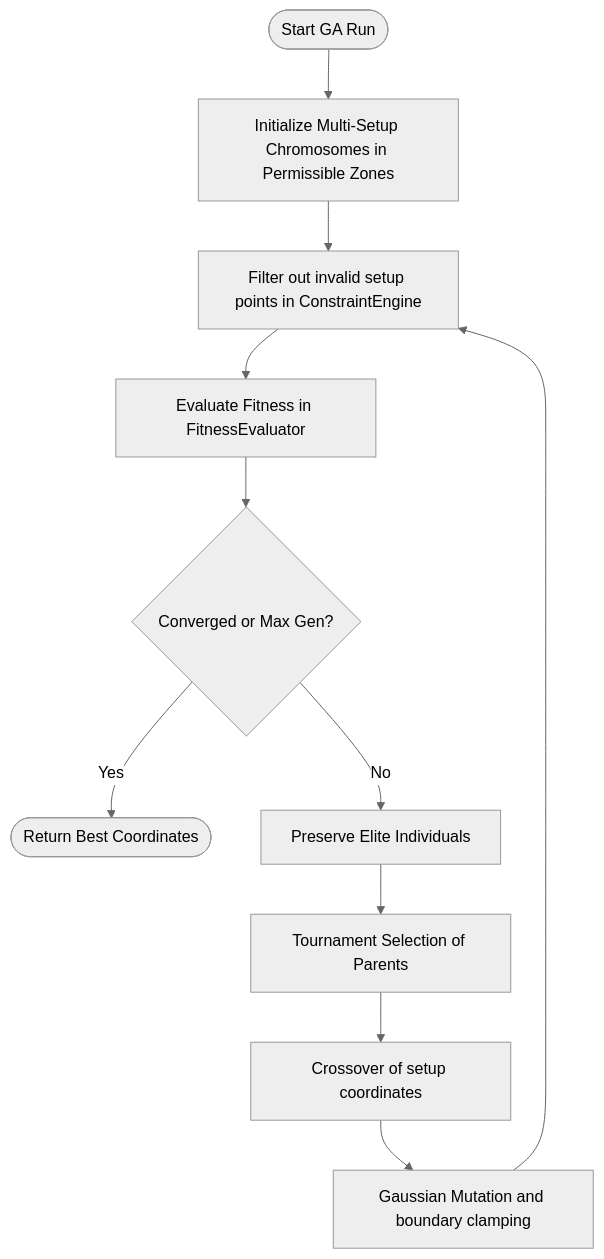
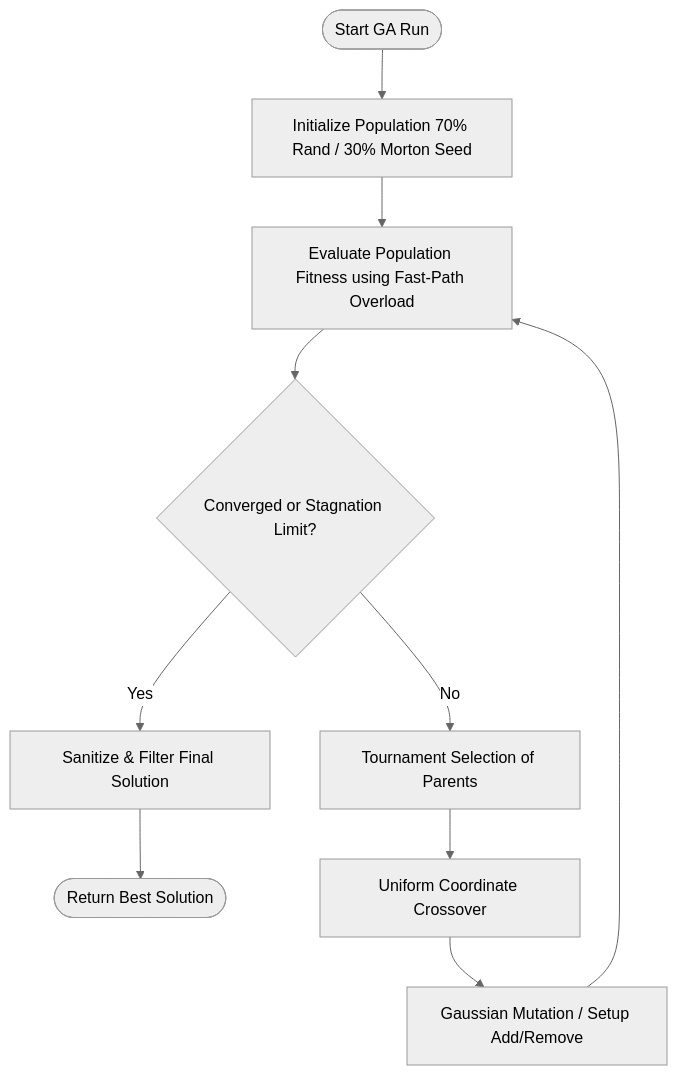
The second of 2 diagrams in docs/architecture/engines.md (ITI-intake46/CranePathOptimizer), drawn with Mermaid (neutral theme) before and after one commit. The commit also changed other lines of this file and 13 other files, not shown here.

````diff
--- a/docs/architecture/engines.md
+++ b/docs/architecture/engines.md
@@ -13,13 +50,12 @@
 ```mermaid
 graph TD
-    Start([Start GA Run]) --> Init[Initialize Multi-Setup Chromosomes in Permissible Zones]
-    Init --> Filter[Filter out invalid setup points in ConstraintEngine]
-    Filter --> Eval[Evaluate Fitness in FitnessEvaluator]
-    Eval --> CheckConv{Converged or Max Gen?}
-    CheckConv -- Yes --> End([Return Best Coordinates])
-    CheckConv -- No --> Elite[Preserve Elite Individuals]
-    Elite --> Selection[Tournament Selection of Parents]
-    Selection --> Crossover[Crossover of setup coordinates]
-    Crossover --> Mutation[Gaussian Mutation and boundary clamping]
-    Mutation --> Filter
+    Start([Start GA Run]) --> Init[Initialize Population 70% Rand / 30% Morton Seed]
+    Init --> Eval[Evaluate Population Fitness using Fast-Path Overload]
+    Eval --> CheckStop{Converged or Stagnation Limit?}
+    CheckStop -- Yes --> Sanitize[Sanitize & Filter Final Solution]
+    Sanitize --> End([Return Best Solution])
+    CheckStop -- No --> Select[Tournament Selection of Parents]
+    Select --> Crossover[Uniform Coordinate Crossover]
+    Crossover --> Mutate[Gaussian Mutation / Setup Add/Remove]
+    Mutate --> Eval
 ```
````
